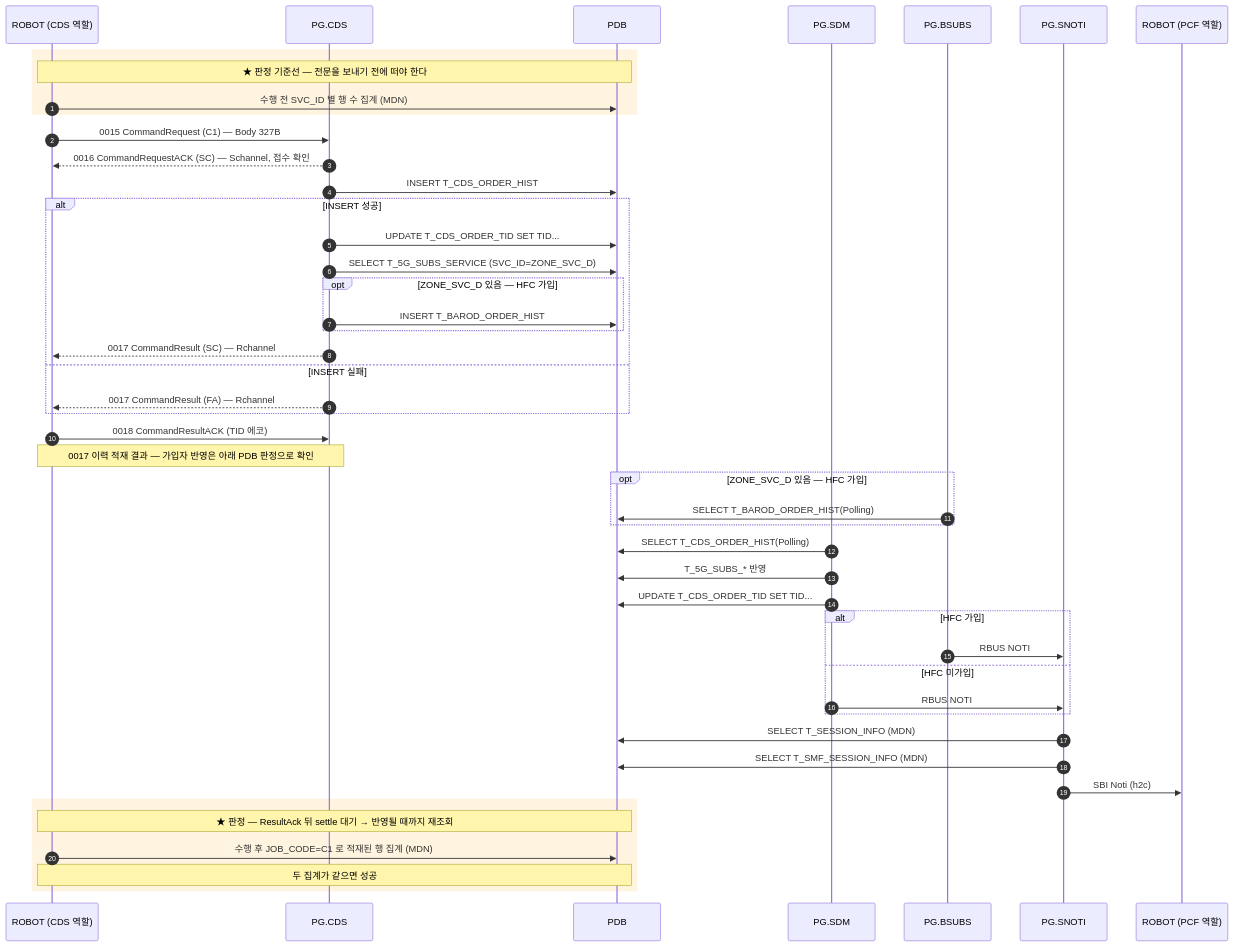
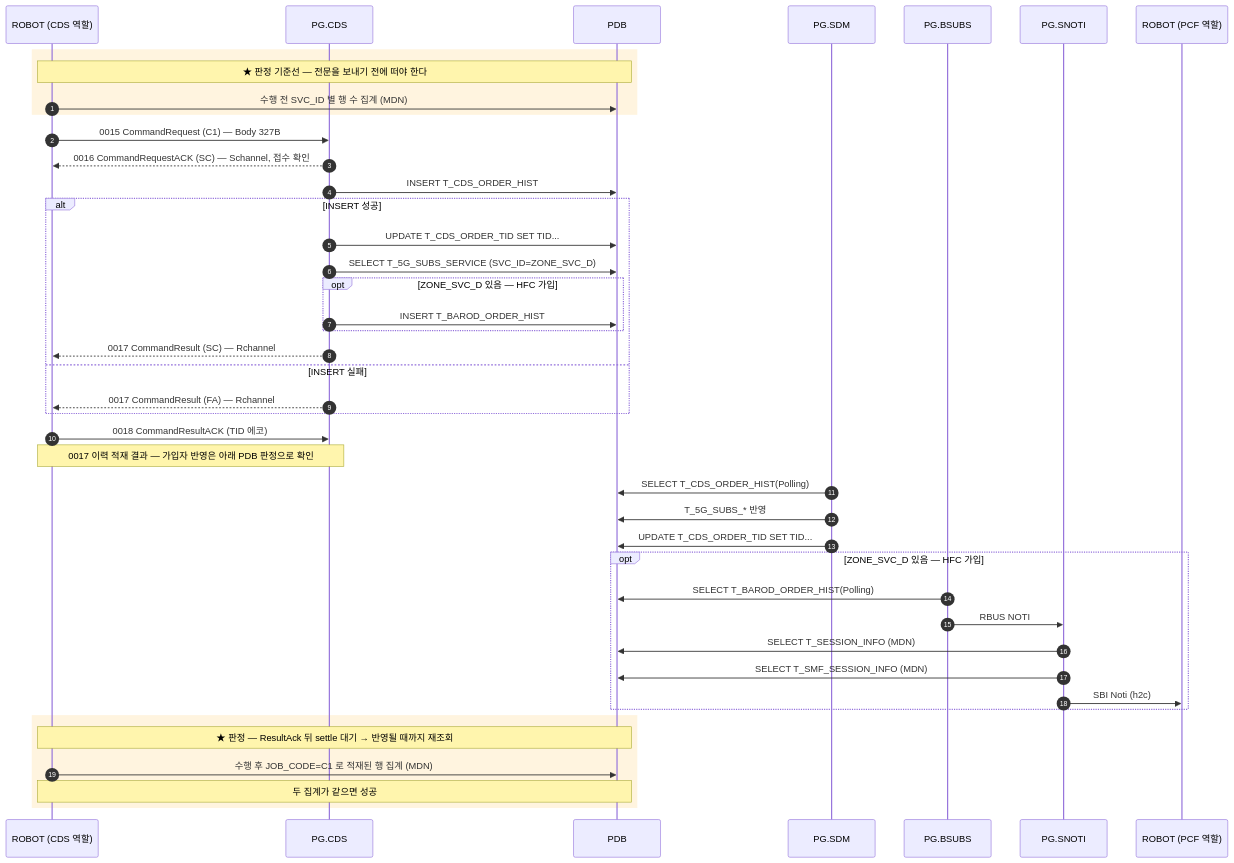
Before and after one commit to IanKim2030/tc4robot: the diagram in docs/callflow/CDS_C1.md, drawn with Mermaid. The commit also changed 2 other files, not shown here.

Commit message:
fixed: CDS 쿠폰 정리

````diff
--- a/docs/callflow/CDS_C1.md
+++ b/docs/callflow/CDS_C1.md
@@ -17,51 +17,48 @@
 ```mermaid
 sequenceDiagram
     autonumber
     participant TOOL as ROBOT (CDS 역할)
     participant PCDS as PG.CDS
     participant PDB as PDB
     participant SDM as PG.SDM
     participant BSUBS as PG.BSUBS
     participant SNOTI as PG.SNOTI
     participant PCF as ROBOT (PCF 역할)
 
     rect rgba(255, 176, 32, 0.14)
     Note over TOOL,PDB: ★ 판정 기준선 — 전문을 보내기 전에 떠야 한다
         TOOL->>PDB: 수행 전 SVC_ID 별 행 수 집계 (MDN)
     end
     TOOL->>PCDS: 0015 CommandRequest (C1) — Body 327B
     PCDS-->>TOOL: 0016 CommandRequestACK (SC) — Schannel, 접수 확인
     PCDS->>PDB: INSERT T_CDS_ORDER_HIST
     alt INSERT 성공
         PCDS->>PDB: UPDATE T_CDS_ORDER_TID SET TID...
         PCDS->>PDB: SELECT T_5G_SUBS_SERVICE (SVC_ID=ZONE_SVC_D)
         opt ZONE_SVC_D 있음 — HFC 가입
             PCDS->>PDB: INSERT T_BAROD_ORDER_HIST
         end
         PCDS-->>TOOL: 0017 CommandResult (SC) — Rchannel
     else INSERT 실패
         PCDS-->>TOOL: 0017 CommandResult (FA) — Rchannel
     end
     TOOL->>PCDS: 0018 CommandResultACK (TID 에코)
     Note over TOOL,PCDS: 0017 이력 적재 결과 — 가입자 반영은 아래 PDB 판정으로 확인
 
-    opt ZONE_SVC_D 있음 — HFC 가입
-        BSUBS->>PDB: SELECT T_BAROD_ORDER_HIST(Polling)
-    end
     SDM->>PDB: SELECT T_CDS_ORDER_HIST(Polling)
     SDM->>PDB: T_5G_SUBS_* 반영
     SDM->>PDB: UPDATE T_CDS_ORDER_TID SET TID...
-    alt HFC 가입
+
+    opt ZONE_SVC_D 있음 — HFC 가입
+        BSUBS->>PDB: SELECT T_BAROD_ORDER_HIST(Polling)
         BSUBS->>SNOTI: RBUS NOTI
-    else HFC 미가입
-        SDM->>SNOTI: RBUS NOTI
+        SNOTI->>PDB: SELECT T_SESSION_INFO (MDN)
+        SNOTI->>PDB: SELECT T_SMF_SESSION_INFO (MDN)
+        SNOTI->>PCF: SBI Noti (h2c)
     end
-    SNOTI->>PDB: SELECT T_SESSION_INFO (MDN)
-    SNOTI->>PDB: SELECT T_SMF_SESSION_INFO (MDN)
-    SNOTI->>PCF: SBI Noti (h2c)
     rect rgba(255, 176, 32, 0.14)
     Note over TOOL,PDB: ★ 판정 — ResultAck 뒤 settle 대기 → 반영될 때까지 재조회
         TOOL->>PDB: 수행 후 JOB_CODE=C1 로 적재된 행 집계 (MDN)
         Note over TOOL,PDB: 두 집계가 같으면 성공
     end
 ```
````
